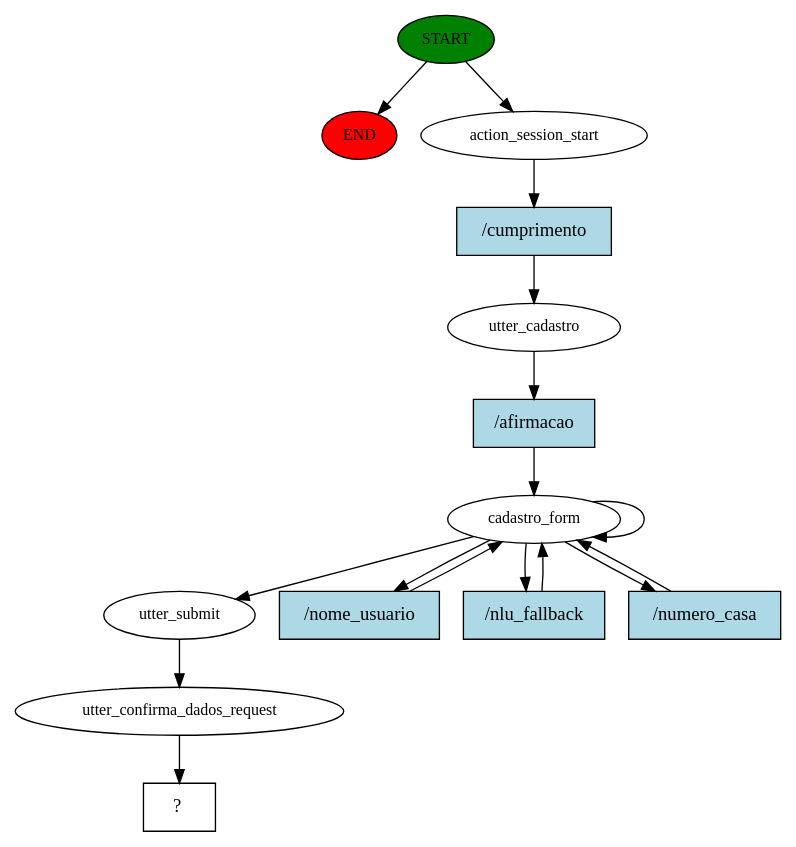
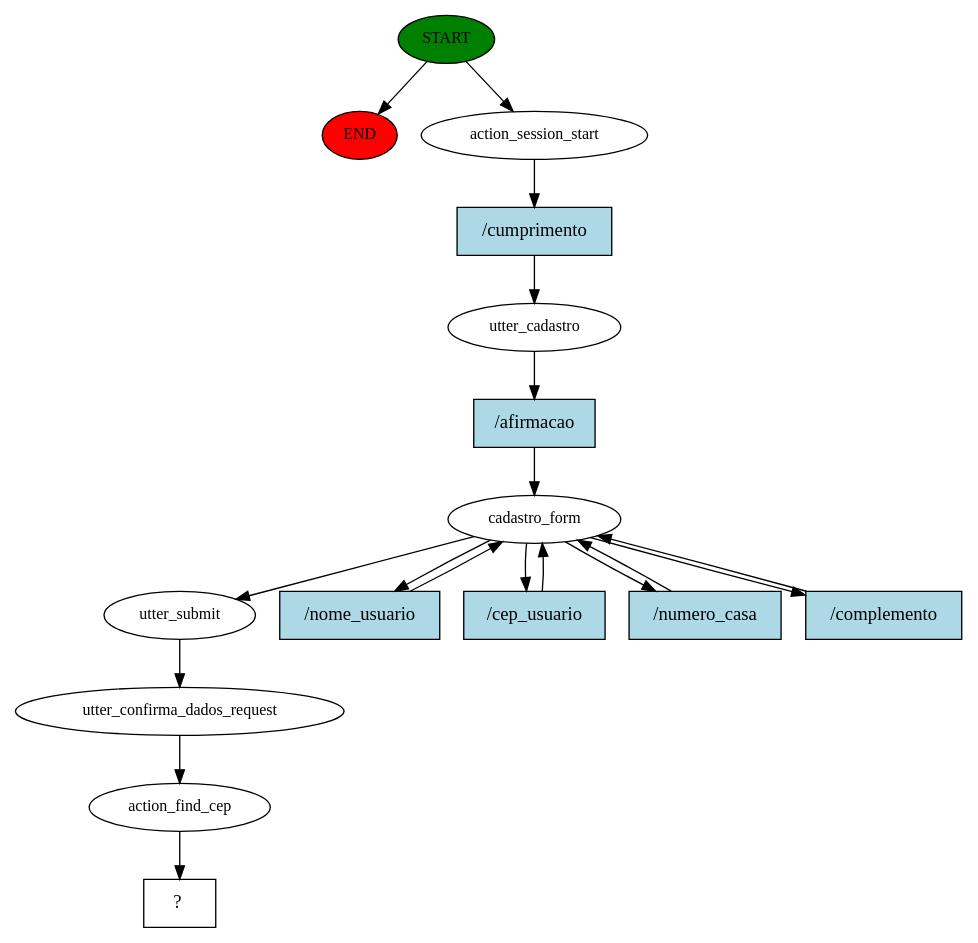
Before and after one commit to JuanFSR/JAM-Bot: the diagram in src/story_graph.dot, drawn with Graphviz. The commit also changed 6 other files, not shown here.

```diff
--- a/src/story_graph.dot
+++ b/src/story_graph.dot
@@ -1,31 +1,35 @@
 digraph  {
 0 [class="start active", fillcolor=green, fontsize=12, label=START, style=filled];
 "-1" [class=end, fillcolor=red, fontsize=12, label=END, style=filled];
 1 [class=active, fontsize=12, label=action_session_start];
 2 [class=active, fontsize=12, label=utter_cadastro];
 3 [class=active, fontsize=12, label=cadastro_form];
-12 [class=active, fontsize=12, label=utter_submit];
-13 [class=active, fontsize=12, label=utter_confirma_dados_request];
-14 [class="intent dashed active", label="  ?  ", shape=rect];
-15 [class="intent active", fillcolor=lightblue, label="/cumprimento", shape=rect, style=filled];
-16 [class="intent active", fillcolor=lightblue, label="/afirmacao", shape=rect, style=filled];
-17 [class="intent active", fillcolor=lightblue, label="/nome_usuario", shape=rect, style=filled];
-18 [class="intent active", fillcolor=lightblue, label="/nlu_fallback", shape=rect, style=filled];
-19 [class="intent active", fillcolor=lightblue, label="/numero_casa", shape=rect, style=filled];
+8 [class=active, fontsize=12, label=utter_submit];
+9 [class=active, fontsize=12, label=utter_confirma_dados_request];
+10 [class=active, fontsize=12, label=action_find_cep];
+11 [class="intent dashed active", label="  ?  ", shape=rect];
+12 [class="intent active", fillcolor=lightblue, label="/cumprimento", shape=rect, style=filled];
+13 [class="intent active", fillcolor=lightblue, label="/afirmacao", shape=rect, style=filled];
+14 [class="intent active", fillcolor=lightblue, label="/nome_usuario", shape=rect, style=filled];
+15 [class="intent active", fillcolor=lightblue, label="/cep_usuario", shape=rect, style=filled];
+16 [class="intent active", fillcolor=lightblue, label="/numero_casa", shape=rect, style=filled];
+17 [class="intent active", fillcolor=lightblue, label="/complemento", shape=rect, style=filled];
 0 -> "-1"  [class="", key=NONE, label=""];
 0 -> 1  [class=active, key=NONE, label=""];
-1 -> 15  [class=active, key=0];
-2 -> 16  [class=active, key=0];
-3 -> 3  [class=active, key=NONE, label=""];
-3 -> 12  [class=active, key=NONE, label=""];
+1 -> 12  [class=active, key=0];
+2 -> 13  [class=active, key=0];
+3 -> 8  [class=active, key=NONE, label=""];
+3 -> 14  [class=active, key=0];
+3 -> 15  [class=active, key=0];
+3 -> 16  [class=active, key=0];
 3 -> 17  [class=active, key=0];
-3 -> 18  [class=active, key=0];
-3 -> 19  [class=active, key=0];
-12 -> 13  [class=active, key=NONE, label=""];
-13 -> 14  [class=active, key=NONE, label=""];
-15 -> 2  [class=active, key=0];
+8 -> 9  [class=active, key=NONE, label=""];
+9 -> 10  [class=active, key=NONE, label=""];
+10 -> 11  [class=active, key=NONE, label=""];
+12 -> 2  [class=active, key=0];
+13 -> 3  [class=active, key=0];
+14 -> 3  [class=active, key=0];
+15 -> 3  [class=active, key=0];
 16 -> 3  [class=active, key=0];
 17 -> 3  [class=active, key=0];
-18 -> 3  [class=active, key=0];
-19 -> 3  [class=active, key=0];
 }
```
